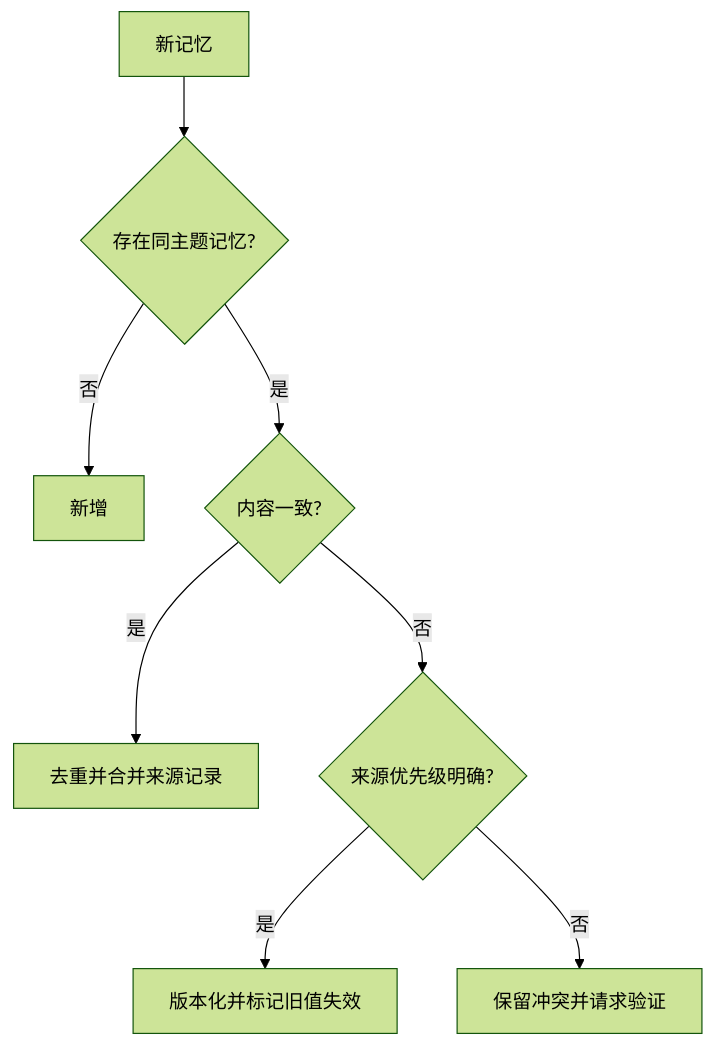
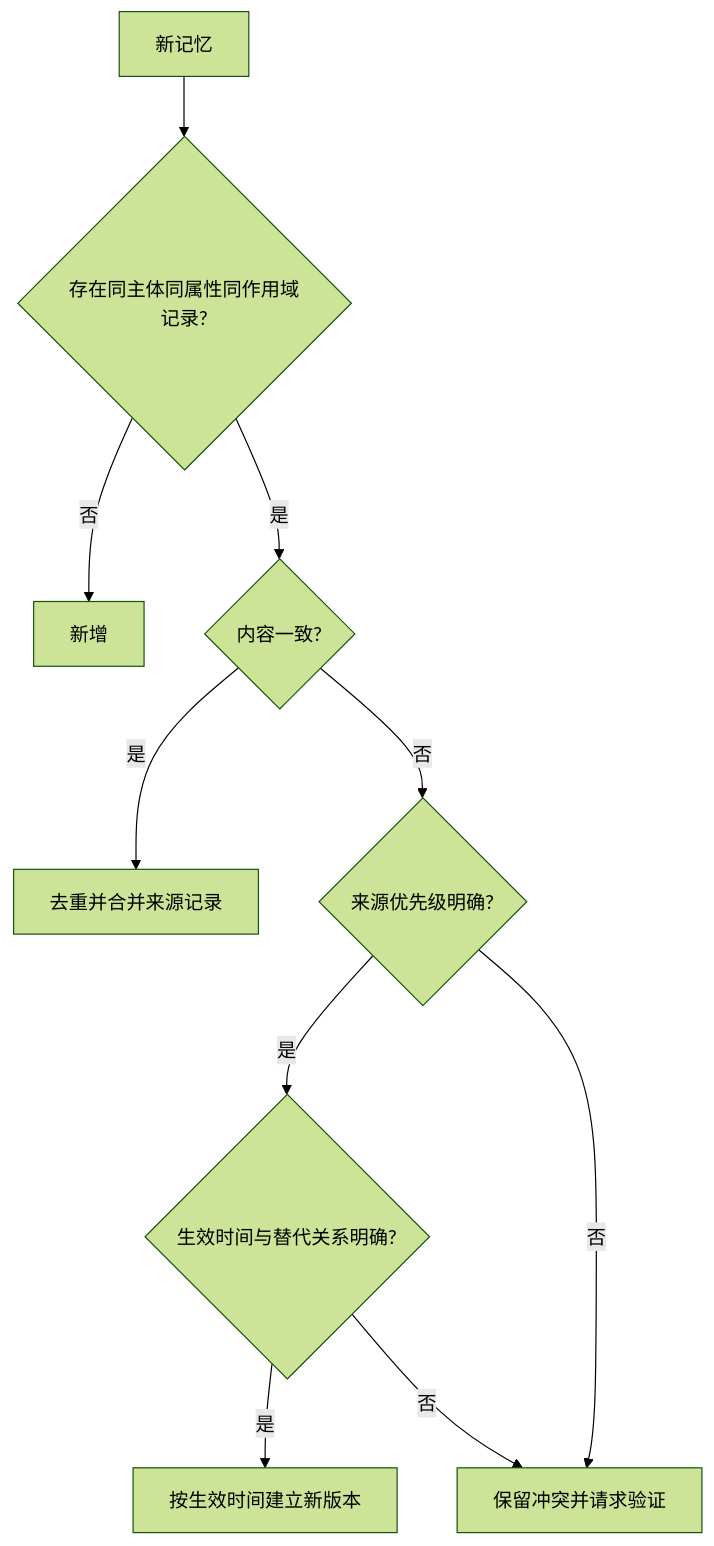
Before and after one commit to oneleaveknowsthefall/awesome-ai-roadmap: diagram 11 of 15 in docs/agent/03-memory-context/07-agent-memory.md, drawn with Mermaid (forest theme). The commit also changed other lines of this file and 34 other files, not shown here.

````diff
--- a/docs/agent/03-memory-context/07-agent-memory.md
+++ b/docs/agent/03-memory-context/07-agent-memory.md
@@ -652,10 +660,12 @@
 ```mermaid
 flowchart TB
-    NEW[新记忆] --> MATCH{存在同主题记忆?}
+    NEW[新记忆] --> MATCH{存在同主体同属性同作用域记录?}
     MATCH -->|否| ADD[新增]
     MATCH -->|是| SAME{内容一致?}
     SAME -->|是| MERGE[去重并合并来源记录]
     SAME -->|否| AUTH{来源优先级明确?}
-    AUTH -->|是| VERSION[版本化并标记旧值失效]
+    AUTH -->|是| CHECK{生效时间与替代关系明确?}
+    CHECK -->|是| VERSION[按生效时间建立新版本]
+    CHECK -->|否| CONFLICT
     AUTH -->|否| CONFLICT[保留冲突并请求验证]
 ```
````
